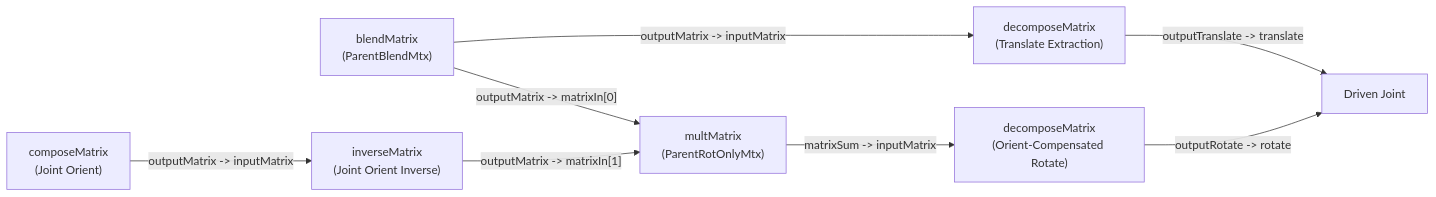
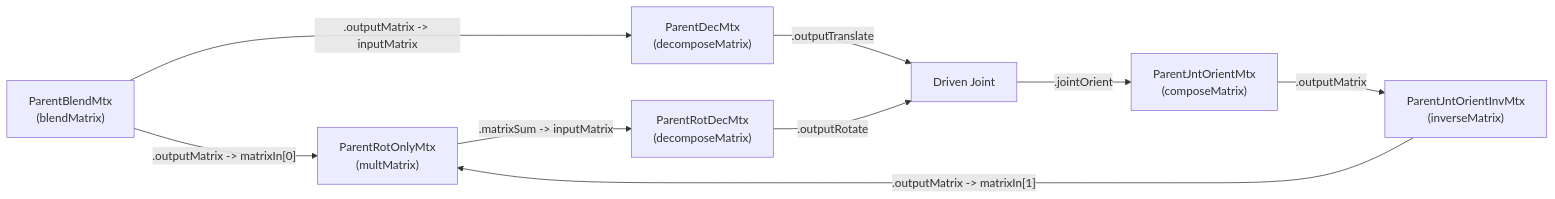
One commit to HugoQ-dev/maya-showcase changed the third of 3 diagrams in tools/matrix-constraints/README.md. Above: the diagram before and after it, drawn with Mermaid. The commit also changed other lines of this file and 5 other files, not shown here.

````diff
--- a/tools/matrix-constraints/README.md
+++ b/tools/matrix-constraints/README.md
@@ -106,18 +98,19 @@
 ```mermaid
 graph LR
-    BLEND["blendMatrix\n(ParentBlendMtx)"]
-    JO_COMP["composeMatrix\n(Joint Orient)"]
-    JO_INV["inverseMatrix\n(Joint Orient Inverse)"]
-    ROT_MULT["multMatrix\n(ParentRotOnlyMtx)"]
-    DEC_TRANS["decomposeMatrix\n(Translate Extraction)"]
-    DEC_ROT["decomposeMatrix\n(Orient-Compensated Rotate)"]
+    BLEND["ParentBlendMtx\n(blendMatrix)"]
+    JO_COMP["ParentJntOrientMtx\n(composeMatrix)"]
+    JO_INV["ParentJntOrientInvMtx\n(inverseMatrix)"]
+    ROT_MULT["ParentRotOnlyMtx\n(multMatrix)"]
+    DEC_TRANS["ParentDecMtx\n(decomposeMatrix)"]
+    DEC_ROT["ParentRotDecMtx\n(decomposeMatrix)"]
     JNT["Driven Joint"]
 
-    JO_COMP -->|"outputMatrix -> inputMatrix"| JO_INV
-    BLEND -->|"outputMatrix -> matrixIn[0]"| ROT_MULT
-    JO_INV -->|"outputMatrix -> matrixIn[1]"| ROT_MULT
-    BLEND -->|"outputMatrix -> inputMatrix"| DEC_TRANS
-    ROT_MULT -->|"matrixSum -> inputMatrix"| DEC_ROT
-    DEC_TRANS -->|"outputTranslate -> translate"| JNT
-    DEC_ROT -->|"outputRotate -> rotate"| JNT
+    JNT -->|".jointOrient"| JO_COMP
+    JO_COMP -->|".outputMatrix"| JO_INV
+    BLEND -->|".outputMatrix -> matrixIn[0]"| ROT_MULT
+    JO_INV -->|".outputMatrix -> matrixIn[1]"| ROT_MULT
+    BLEND -->|".outputMatrix -> inputMatrix"| DEC_TRANS
+    ROT_MULT -->|".matrixSum -> inputMatrix"| DEC_ROT
+    DEC_TRANS -->|".outputTranslate"| JNT
+    DEC_ROT -->|".outputRotate"| JNT
 ```
````
